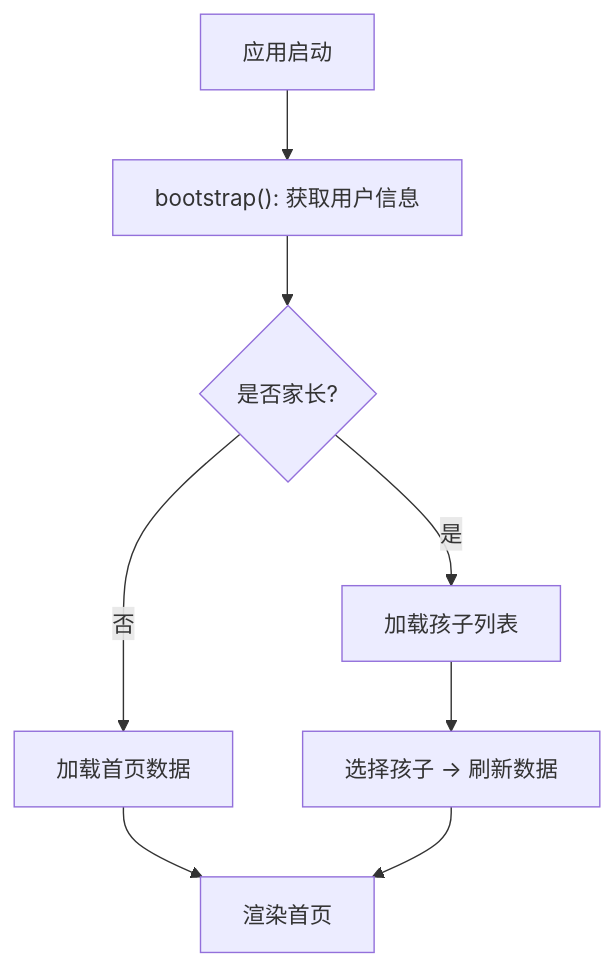
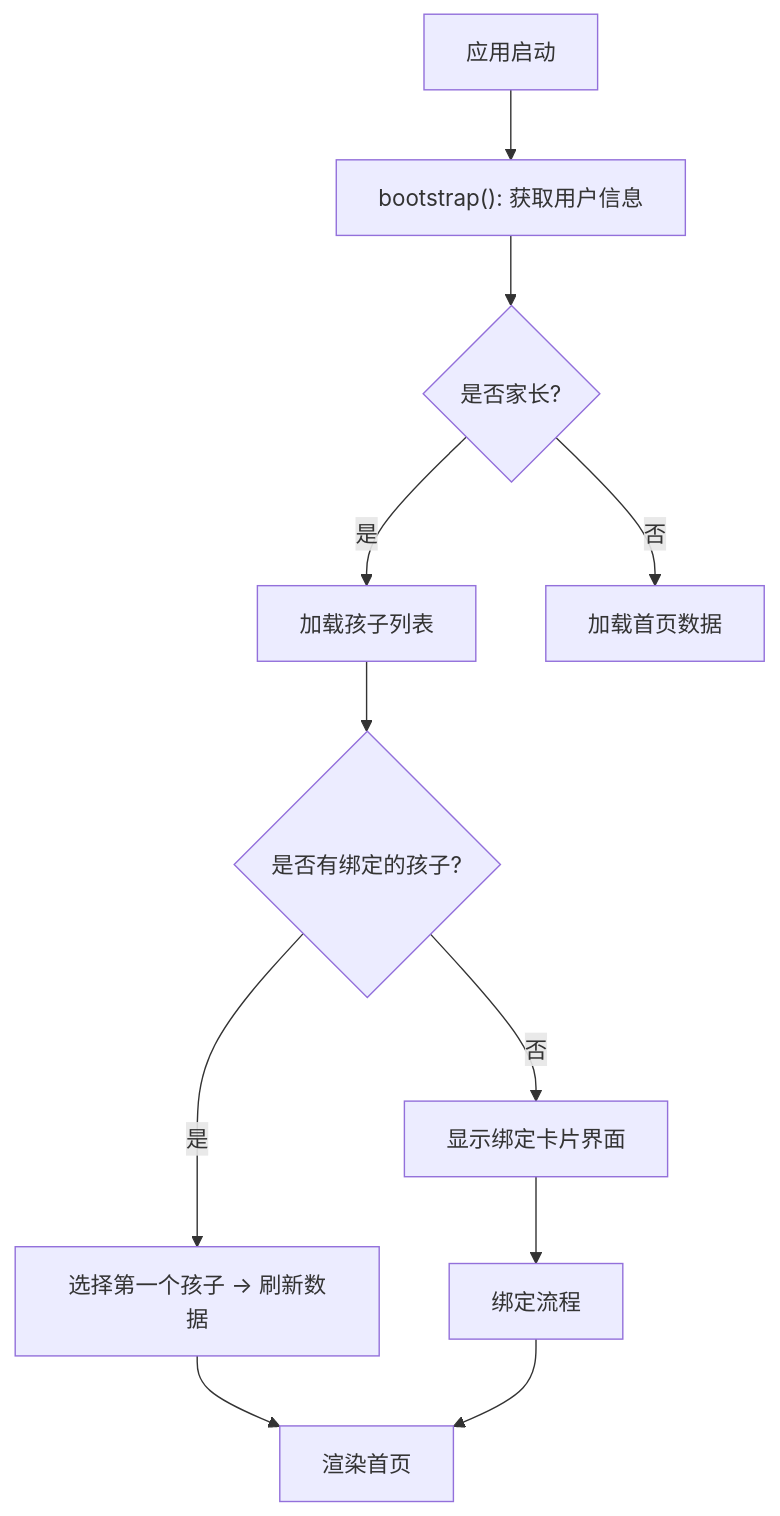
One commit to onebody/homework changed the tenth of 11 diagrams in .qoder/repowiki/zh/content/暑假作业打卡系统/前端应用设计/学生端应用.md. Above: the diagram before and after it, drawn with Mermaid. The commit also changed other lines of this file and 6 other files, not shown here.

````diff
--- a/.qoder/repowiki/zh/content/暑假作业打卡系统/前端应用设计/学生端应用.md
+++ b/.qoder/repowiki/zh/content/暑假作业打卡系统/前端应用设计/学生端应用.md
@@ -322,10 +402,13 @@
 ```mermaid
 flowchart TD
 Init["应用启动"] --> Boot["bootstrap(): 获取用户信息"]
 Boot --> Role{"是否家长?"}
 Role -- 是 --> LoadChildren["加载孩子列表"]
 Role -- 否 --> LoadHome["加载首页数据"]
-LoadChildren --> SelectChild["选择孩子 -> 刷新数据"]
-LoadHome --> View["渲染首页"]
-SelectChild --> View
+LoadChildren --> HasChildren{"是否有绑定的孩子?"}
+HasChildren -- 是 --> SelectChild["选择第一个孩子 -> 刷新数据"]
+HasChildren -- 否 --> ShowBindCard["显示绑定卡片界面"]
+SelectChild --> View["渲染首页"]
+ShowBindCard --> BindProcess["绑定流程"]
+BindProcess --> View
 ```
````
